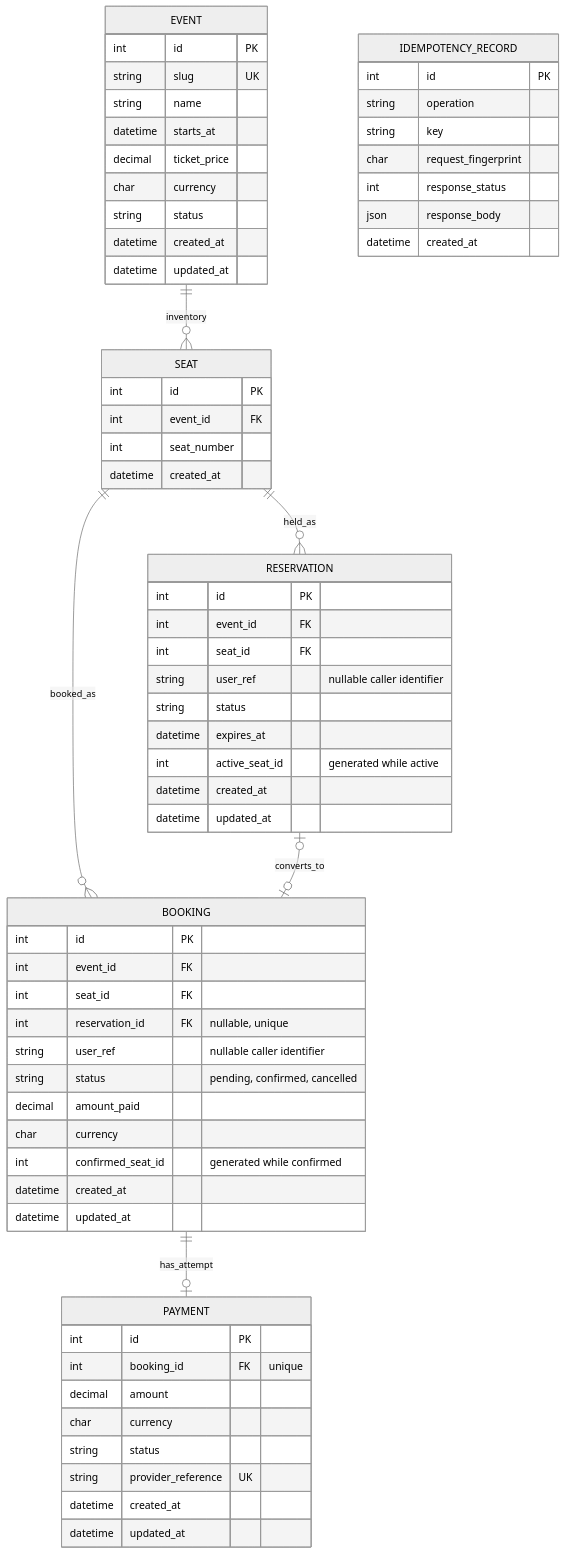
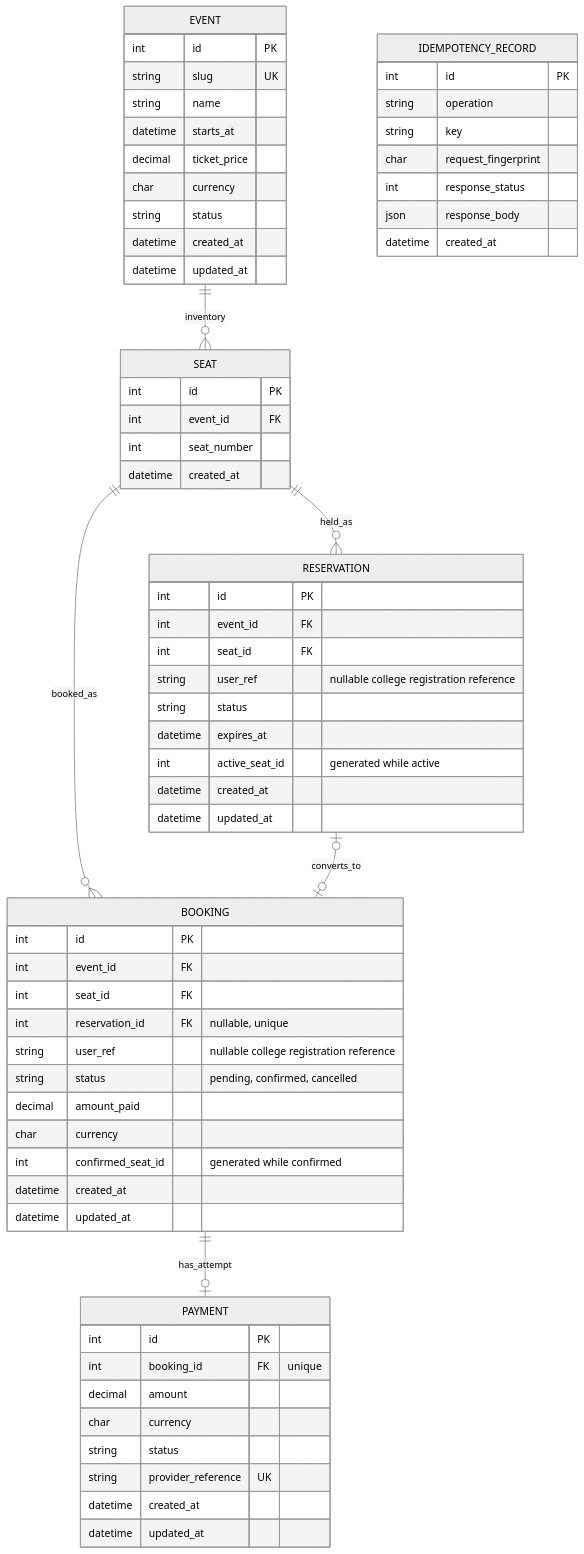
The diagram in docs/ERD.md (Aditesh26/TheLastSeat), drawn with Mermaid (neutral theme) before and after one commit. The commit also changed other lines of this file and 14 other files, not shown here.

Commit message:
fixed booking ownership and user-reference string

````diff
--- a/docs/ERD.md
+++ b/docs/ERD.md
@@ -8,69 +8,69 @@
 ```mermaid
 erDiagram
     EVENT ||--o{ SEAT : inventory
     SEAT ||--o{ RESERVATION : held_as
     SEAT ||--o{ BOOKING : booked_as
     RESERVATION o|--o| BOOKING : converts_to
     BOOKING ||--o| PAYMENT : has_attempt
 
     EVENT {
         int id PK
         string slug UK
         string name
         datetime starts_at
         decimal ticket_price
         char currency
         string status
         datetime created_at
         datetime updated_at
     }
     SEAT {
         int id PK
         int event_id FK
         int seat_number
         datetime created_at
     }
     RESERVATION {
         int id PK
         int event_id FK
         int seat_id FK
-        string user_ref "nullable caller identifier"
+        string user_ref "nullable college registration reference"
         string status
         datetime expires_at
         int active_seat_id "generated while active"
         datetime created_at
         datetime updated_at
     }
     BOOKING {
         int id PK
         int event_id FK
         int seat_id FK
         int reservation_id FK "nullable, unique"
-        string user_ref "nullable caller identifier"
+        string user_ref "nullable college registration reference"
         string status "pending, confirmed, cancelled"
         decimal amount_paid
         char currency
         int confirmed_seat_id "generated while confirmed"
         datetime created_at
         datetime updated_at
     }
     PAYMENT {
         int id PK
         int booking_id FK "unique"
         decimal amount
         char currency
         string status
         string provider_reference UK
         datetime created_at
         datetime updated_at
     }
     IDEMPOTENCY_RECORD {
         int id PK
         string operation
         string key
         char request_fingerprint
         int response_status
         json response_body
         datetime created_at
     }
 ```
````
